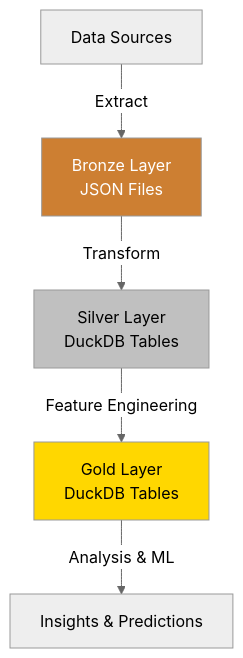
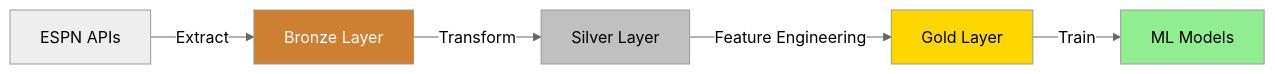
The diagram in docs/architecture/data-pipeline.md (tim-mcdonnell/ncaa-prediction-model), drawn with Mermaid (neutral theme) before and after one commit. The commit also changed other lines of this file and 22 other files, not shown here.

````diff
--- a/docs/architecture/data-pipeline.md
+++ b/docs/architecture/data-pipeline.md
@@ -14,11 +14,12 @@
 ```mermaid
-flowchart TD
-    A[Data Sources] -->|Extract| B[Bronze Layer<br>JSON Files]
-    B -->|Transform| C[Silver Layer<br>DuckDB Tables]
-    C -->|Feature Engineering| D[Gold Layer<br>DuckDB Tables]
-    D -->|Analysis & ML| E[Insights & Predictions]
+flowchart LR
+    E[ESPN APIs] -->|Extract| B[Bronze Layer]
+    B -->|Transform| S[Silver Layer]
+    S -->|Feature Engineering| G[Gold Layer]
+    G -->|Train| M[ML Models]
 
     style B fill:#cd7f32,color:white
-    style C fill:#c0c0c0,color:black
-    style D fill:#ffd700,color:black
+    style S fill:#c0c0c0,color:black
+    style G fill:#ffd700,color:black
+    style M fill:#90ee90,color:black
 ```
````
